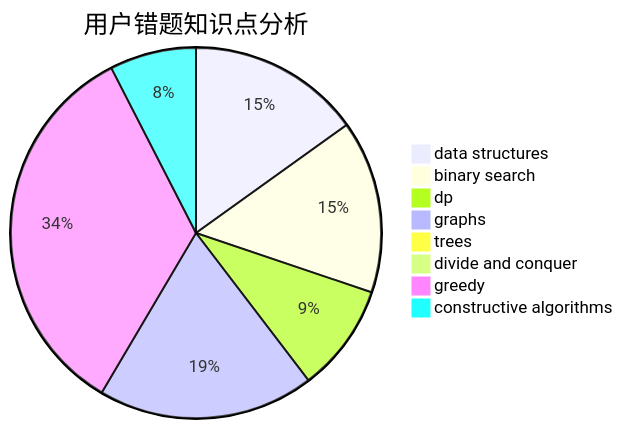
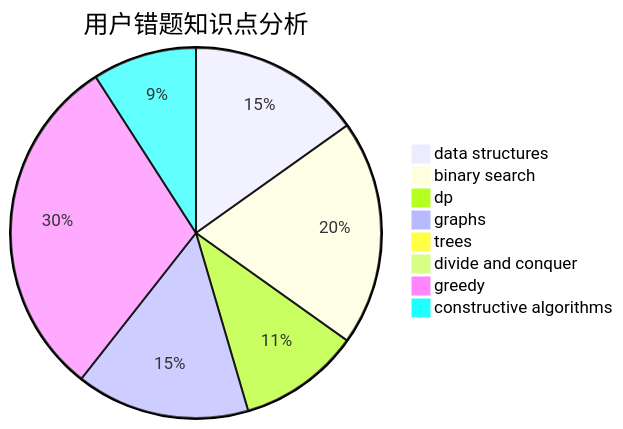
The third of 3 diagrams in docs/user/u2172.md (sherpahu/cfrs.github.io), drawn with Mermaid before and after one commit. The commit also changed other lines of this file and 2770 other files, not shown here.

````diff
--- a/docs/user/u2172.md
+++ b/docs/user/u2172.md
@@ -36,11 +36,11 @@
 ```mermaid
 pie title 用户错题知识点分析
-    "data structures" :  8
-    "binary search" :  8
-    "dp" :  5
+    "data structures" :  10
+    "binary search" :  13
+    "dp" :  7
     "graphs" :  10
     "trees" :  0
     "divide and conquer" :  0
-    "greedy" :  18
-    "constructive algorithms" :  4
+    "greedy" :  20
+    "constructive algorithms" :  6
 ```
````
